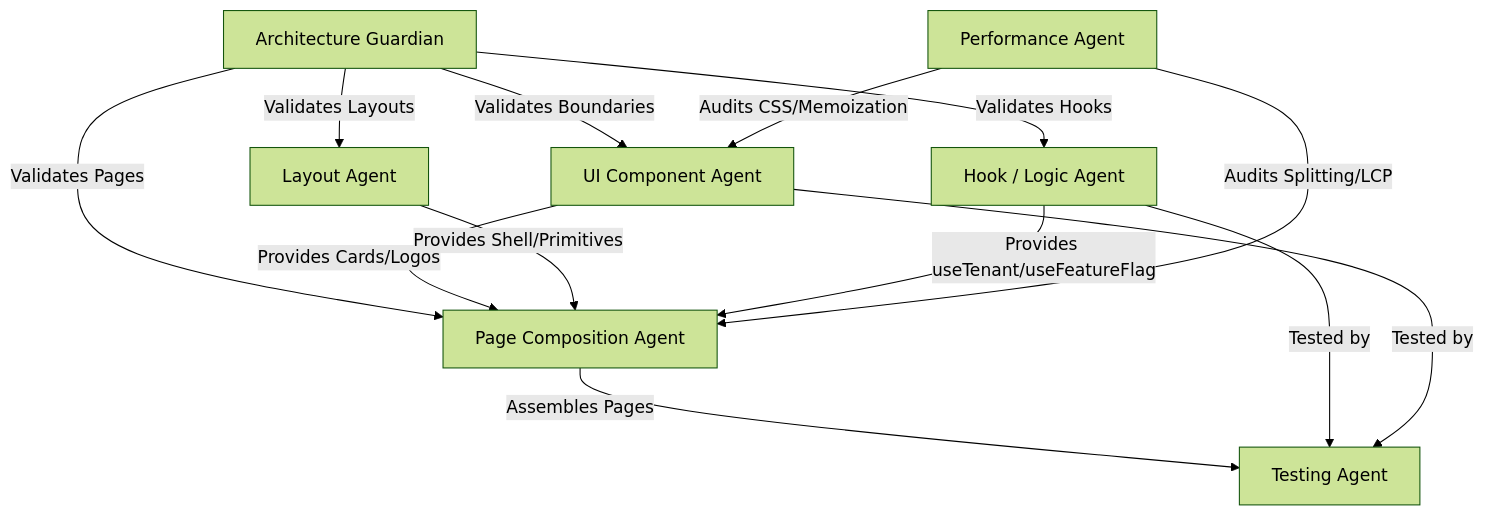
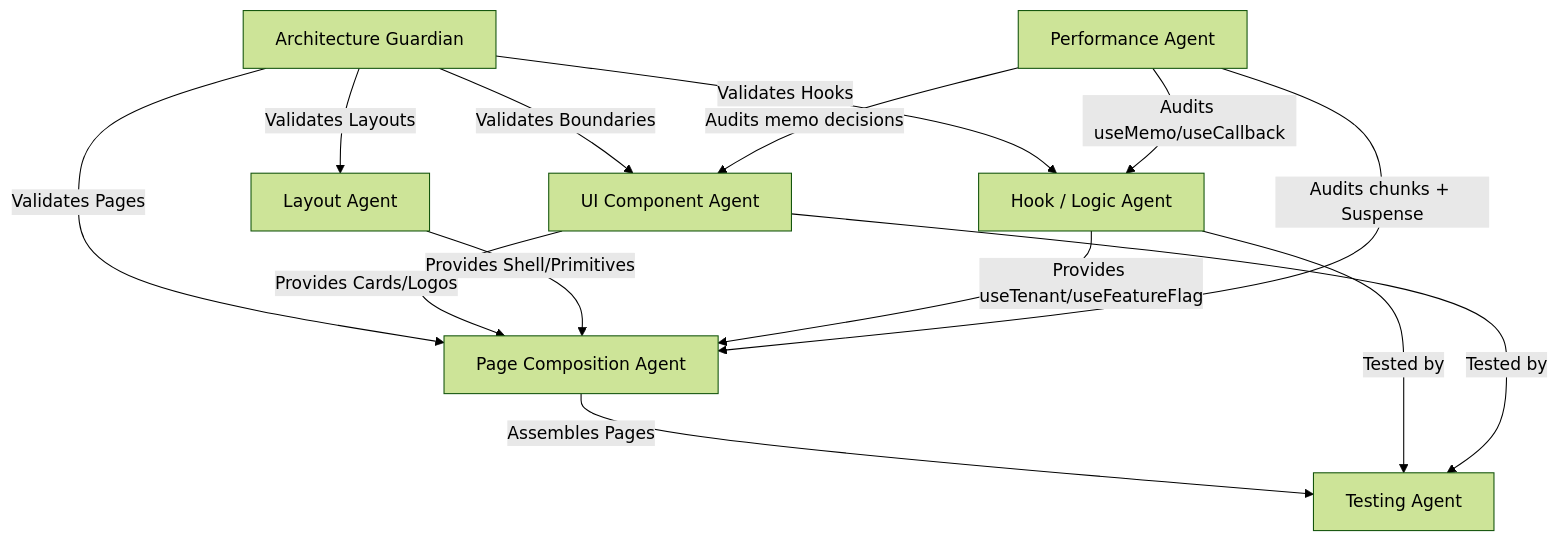
The diagram in CLAUDE.md (manueldelpozo/block-labs-challenge), drawn with Mermaid (forest theme) before and after one commit. The commit also changed other lines of this file and 2 other files, not shown here.

Commit message:
refactor: remove unnecessary React.memo wrappers from UI components and update performance guidelines to favor measurement over premature memoization

````diff
--- a/CLAUDE.md
+++ b/CLAUDE.md
@@ -9,18 +9,19 @@
 ```mermaid
 graph TD
     AG[Architecture Guardian] --> |Validates Boundaries| UI[UI Component Agent]
     AG --> |Validates Layouts| LA[Layout Agent]
     AG --> |Validates Pages| PA[Page Composition Agent]
     AG --> |Validates Hooks| HA[Hook / Logic Agent]
 
     UI --> |Provides Cards/Logos| PA
     LA --> |Provides Shell/Primitives| PA
     HA --> |Provides useTenant/useFeatureFlag| PA
 
     PA --> |Assembles Pages| QA[Testing Agent]
     HA --> |Tested by| QA
     UI --> |Tested by| QA
 
-    PERF[Performance Agent] --> |Audits CSS/Memoization| UI
-    PERF --> |Audits Splitting/LCP| PA
+    PERF[Performance Agent] --> |Audits memo decisions| UI
+    PERF --> |Audits chunks + Suspense| PA
+    PERF --> |Audits useMemo/useCallback| HA
 ```
````
